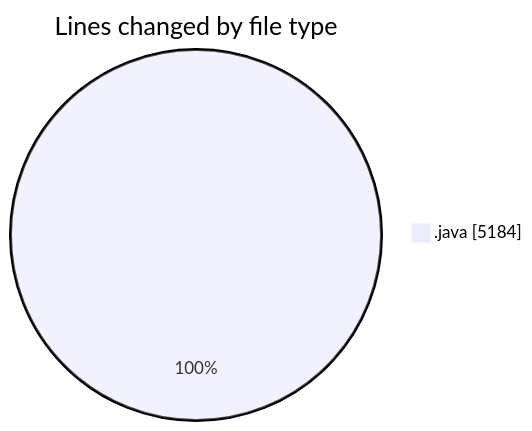
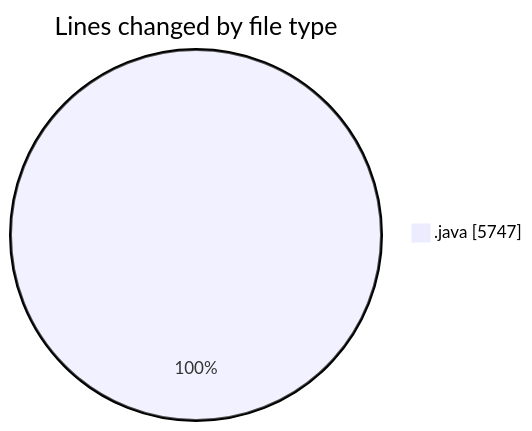
One commit to ricardozamudiocil/code-tracking changed the first of 2 diagrams in 2026-11-17/cilapp/README.md. Above: the diagram before and after it, drawn with Mermaid. The commit also changed other lines of this file and 1 other file, not shown here.

````diff
--- a/2026-11-17/cilapp/README.md
+++ b/2026-11-17/cilapp/README.md
@@ -22,5 +23,5 @@
 ```mermaid
 pie showData
 title Lines changed by file type
-".java" : 5184
+".java" : 5747
 ```
````
